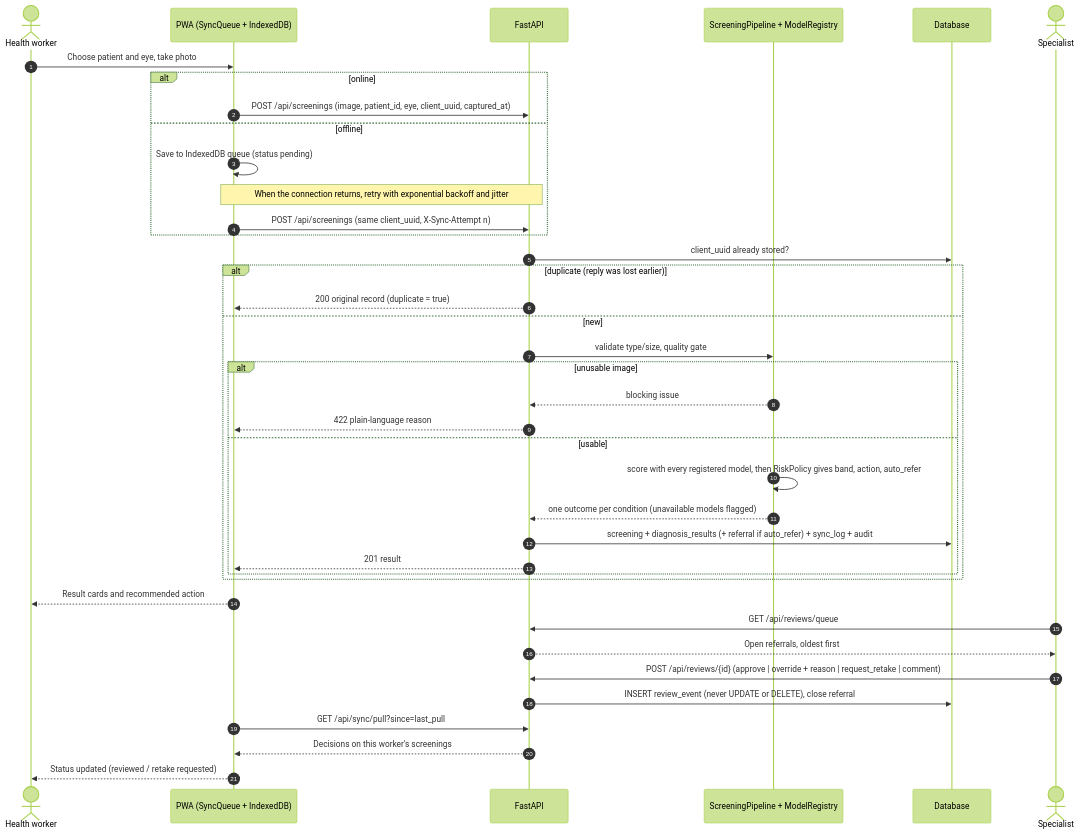
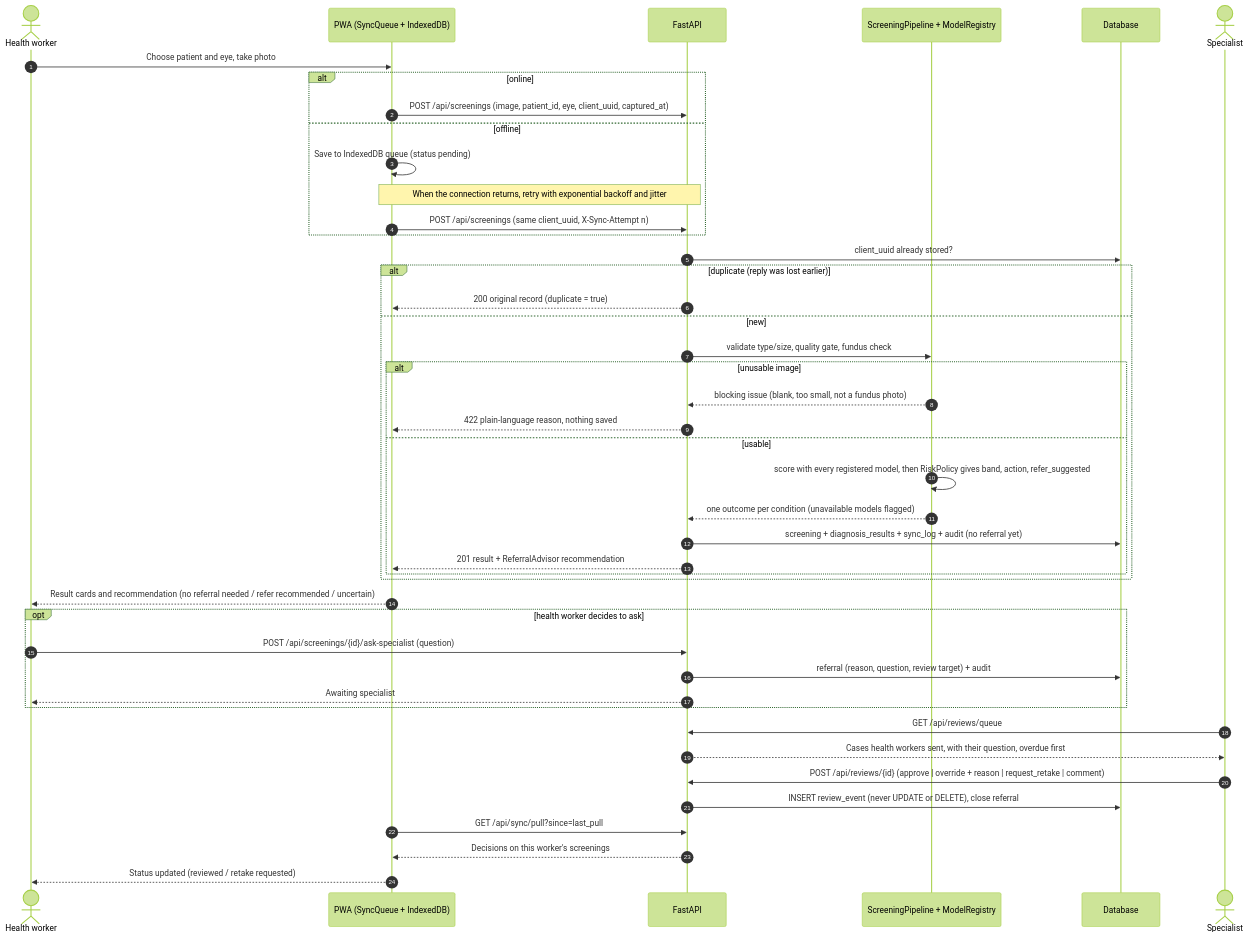
One commit to Mikekimm/michael-kimani-eye-screening-capstone changed the diagram in docs/diagrams/src/sequence.mmd. Above: the diagram before and after it, drawn with Mermaid (forest theme). The commit also changed 7 other files, not shown here.

Commit message:
docs(diagrams): ask-a-specialist referral, fundus check, sign-up requests and soft delete

```diff
--- a/docs/diagrams/src/sequence.mmd
+++ b/docs/diagrams/src/sequence.mmd
@@ -1,41 +1,46 @@
 sequenceDiagram
   autonumber
   actor HW as Health worker
   participant App as PWA (SyncQueue + IndexedDB)
   participant API as FastAPI
   participant ML as ScreeningPipeline + ModelRegistry
   participant DB as Database
   actor SP as Specialist
 
   HW->>App: Choose patient and eye, take photo
   alt online
     App->>API: POST /api/screenings (image, patient_id, eye, client_uuid, captured_at)
   else offline
     App->>App: Save to IndexedDB queue (status pending)
     Note over App,API: When the connection returns, retry with exponential backoff and jitter
     App->>API: POST /api/screenings (same client_uuid, X-Sync-Attempt n)
   end
   API->>DB: client_uuid already stored?
   alt duplicate (reply was lost earlier)
     API-->>App: 200 original record (duplicate = true)
   else new
-    API->>ML: validate type/size, quality gate
+    API->>ML: validate type/size, quality gate, fundus check
     alt unusable image
-      ML-->>API: blocking issue
-      API-->>App: 422 plain-language reason
+      ML-->>API: blocking issue (blank, too small, not a fundus photo)
+      API-->>App: 422 plain-language reason, nothing saved
     else usable
-      ML->>ML: score with every registered model, then RiskPolicy gives band, action, auto_refer
+      ML->>ML: score with every registered model, then RiskPolicy gives band, action, refer_suggested
       ML-->>API: one outcome per condition (unavailable models flagged)
-      API->>DB: screening + diagnosis_results (+ referral if auto_refer) + sync_log + audit
-      API-->>App: 201 result
+      API->>DB: screening + diagnosis_results + sync_log + audit (no referral yet)
+      API-->>App: 201 result + ReferralAdvisor recommendation
     end
   end
-  App-->>HW: Result cards and recommended action
+  App-->>HW: Result cards and recommendation (no referral needed / refer recommended / uncertain)
+  opt health worker decides to ask
+    HW->>API: POST /api/screenings/{id}/ask-specialist (question)
+    API->>DB: referral (reason, question, review target) + audit
+    API-->>HW: Awaiting specialist
+  end
 
   SP->>API: GET /api/reviews/queue
-  API-->>SP: Open referrals, oldest first
+  API-->>SP: Cases health workers sent, with their question, overdue first
   SP->>API: POST /api/reviews/{id} (approve | override + reason | request_retake | comment)
   API->>DB: INSERT review_event (never UPDATE or DELETE), close referral
   App->>API: GET /api/sync/pull?since=last_pull
   API-->>App: Decisions on this worker's screenings
   App-->>HW: Status updated (reviewed / retake requested)
```
